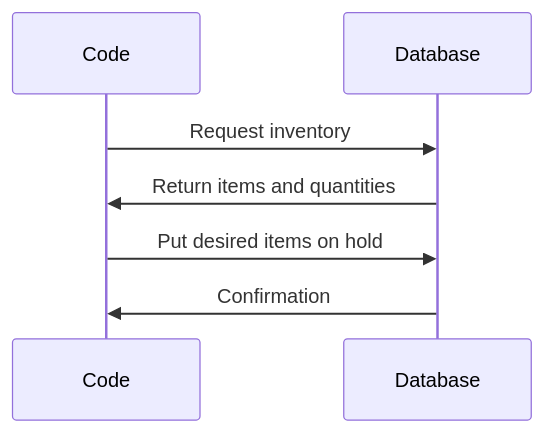
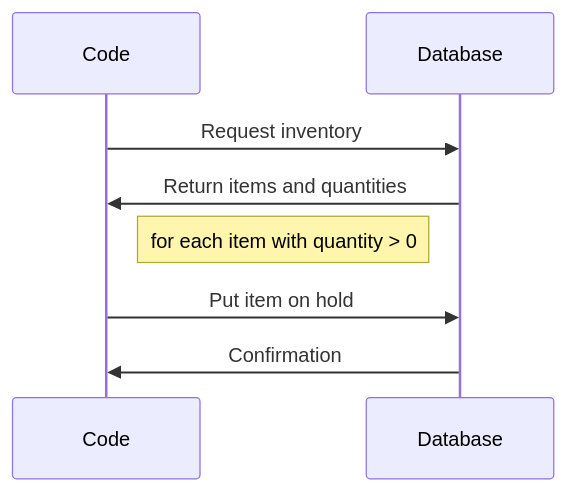
The diagram in approvaltests/docs/how_to/EncapsulatingWithLoadersAndSavers.md (approvals/ApprovalTests.Java), drawn with Mermaid before and after one commit.

Commit message:
Update EncapsulatingWithLoadersAndSavers.md
d Update scenario

````diff
--- a/approvaltests/docs/how_to/EncapsulatingWithLoadersAndSavers.md
+++ b/approvaltests/docs/how_to/EncapsulatingWithLoadersAndSavers.md
@@ -23,7 +23,8 @@
 ```mermaid
 sequenceDiagram
 Code->>Database:Request inventory
 Database->>Code:Return items and quantities
-Code->>Database:Put desired items on hold
+Note right of Code:for each item with quantity > 0 
+Code->>Database:Put item on hold
 Database->>Code:Confirmation
 ```
````
